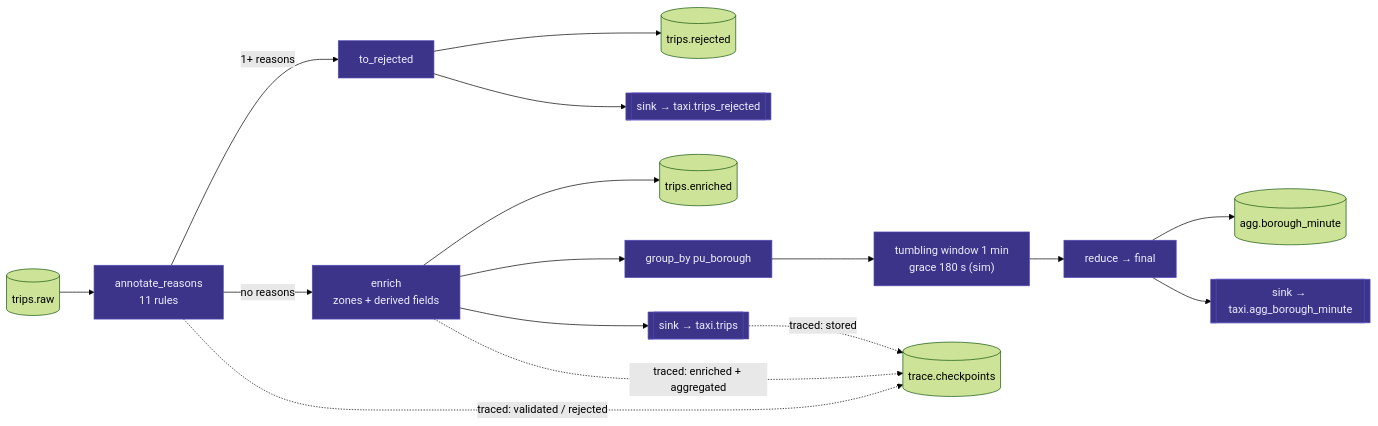
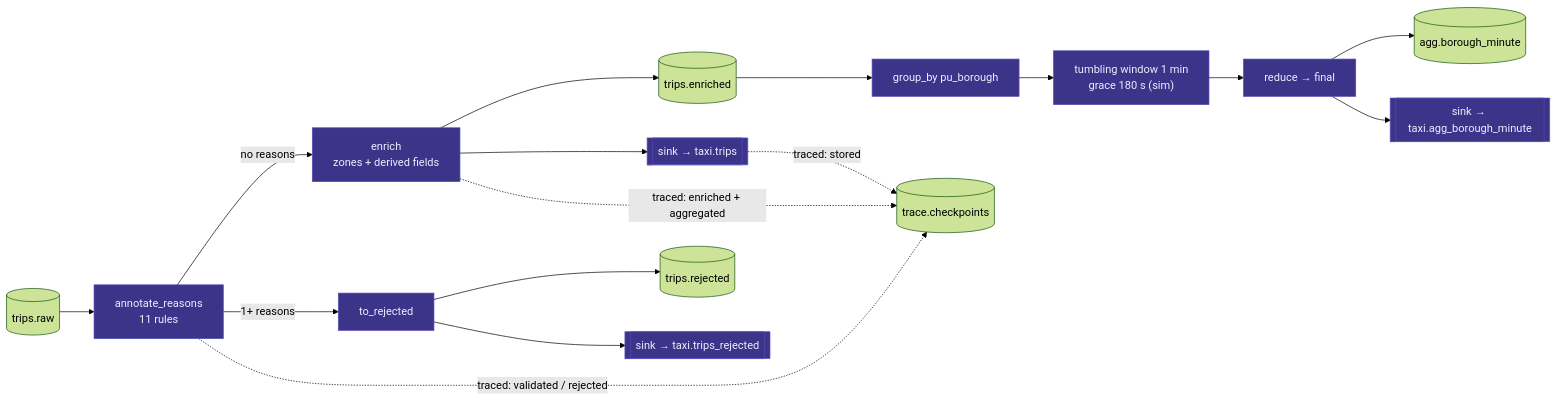
One commit to VasileBordeiA/aod_dateEngineering changed diagram 12 of 12 in docs/DIAGRAMS.md. Above: the diagram before and after it, drawn with Mermaid (forest theme). The commit also changed other lines of this file and 33 other files, not shown here.

````diff
--- a/docs/DIAGRAMS.md
+++ b/docs/DIAGRAMS.md
@@ -436,19 +438,19 @@
 ```mermaid
 flowchart LR
     in[(trips.raw)] --> ann["annotate_reasons<br/>11 rules"]
     ann -->|"no reasons"| enr["enrich<br/>zones + derived fields"]
     ann -->|"1+ reasons"| rej["to_rejected"]
     rej --> rejt[(trips.rejected)]
     rej --> rejs[["sink → taxi.trips_rejected"]]
     enr --> enrt[(trips.enriched)]
     enr --> ts[["sink → taxi.trips"]]
-    enr --> gb["group_by pu_borough"] --> win["tumbling window 1 min<br/>grace 180 s (sim)"] --> red["reduce → final"]
+    enrt --> gb["group_by pu_borough"] --> win["tumbling window 1 min<br/>grace 180 s (sim)"] --> red["reduce → final"]
     red --> aggt[(agg.borough_minute)]
     red --> aggs[["sink → taxi.agg_borough_minute"]]
     ann -.->|"traced: validated / rejected"| tr[(trace.checkpoints)]
     enr -.->|"traced: enriched + aggregated"| tr
     ts -.->|"traced: stored"| tr
 
     classDef core fill:#3c3489,stroke:#534ab7,color:#eeedfe
     class ann,enr,rej,gb,win,red,ts,rejs,aggs core
 ```
````
